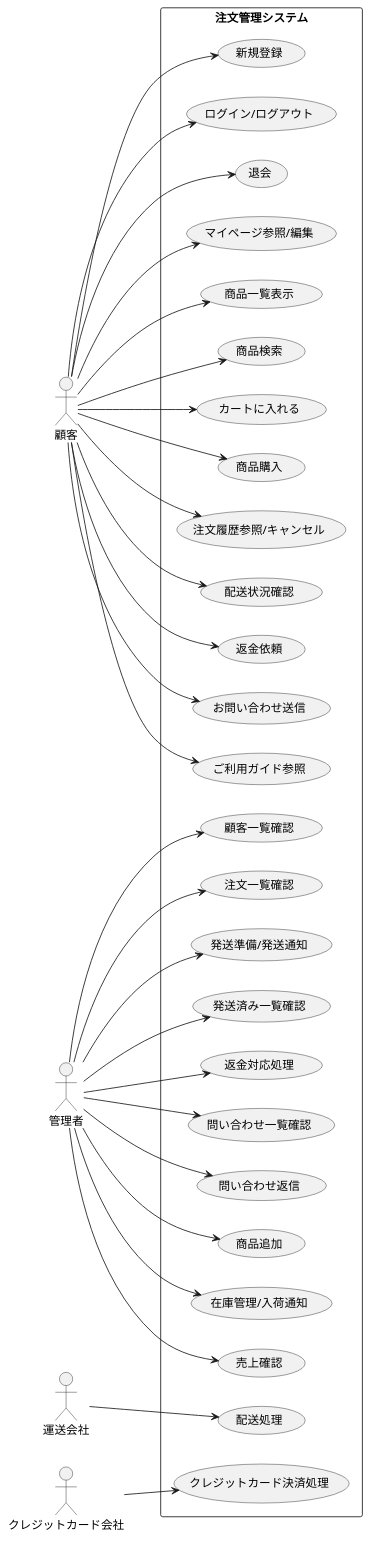
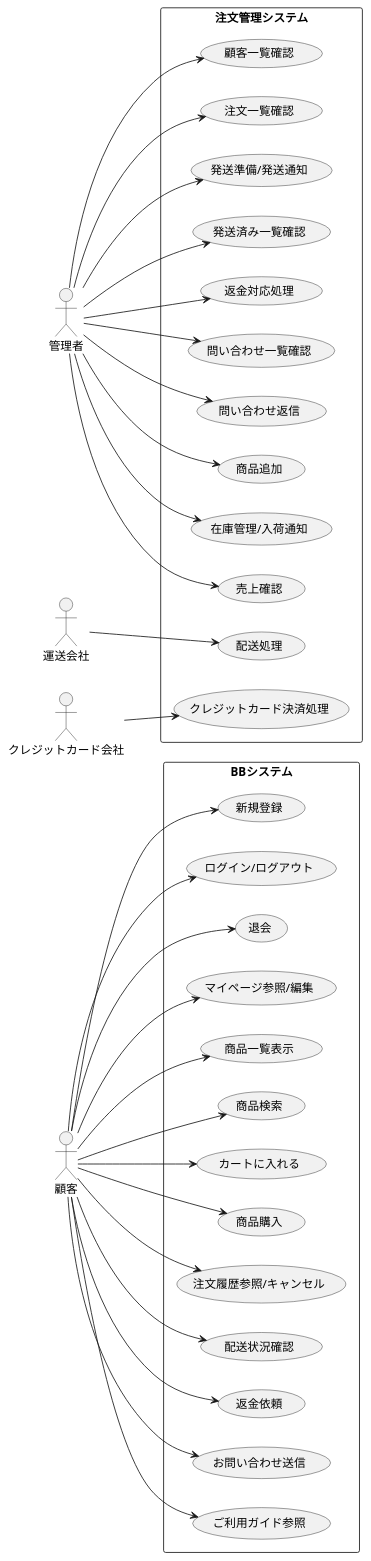
One commit to kTaiga1016/kouka changed the diagram in usecase.pu. Above: the diagram before and after it, drawn with PlantUML.

```diff
--- a/usecase.pu
+++ b/usecase.pu
@@ -1,73 +1,76 @@
 @startuml  
 left to right direction
 
 actor Customer as "顧客"
 actor Admin as "管理者"
 actor Carrier as "運送会社"
 actor CreditCompany as "クレジットカード会社"
 
-rectangle "注文管理システム" {
+rectangle "BBシステム"{
   (新規登録) as UC1
   (ログイン/ログアウト) as UC2
   (退会) as UC3
   (マイページ参照/編集) as UC4
   (商品一覧表示) as UC5
   (商品検索) as UC6
   (カートに入れる) as UC7
   (商品購入) as UC8
   (注文履歴参照/キャンセル) as UC9
   (配送状況確認) as UC10
   (返金依頼) as UC12
   
   (お問い合わせ送信) as UC11
   (ご利用ガイド参照) as UC13
+} 
+
+rectangle "注文管理システム" {
 
   (顧客一覧確認) as UC14
   (注文一覧確認) as UC15
   (発送準備/発送通知) as UC16
   (発送済み一覧確認) as UC17
   (返金対応処理) as UC18
   
   (問い合わせ一覧確認) as UC19
   (問い合わせ返信) as UC20
   
   (商品追加) as UC21
   (在庫管理/入荷通知) as UC22
   (売上確認) as UC23
 
   (配送処理) as UC24
   (クレジットカード決済処理) as UC25
 }
 
 
 Customer --> UC1
 Customer --> UC2
 Customer --> UC3
 Customer --> UC4
 Customer --> UC5
 Customer --> UC6
 Customer --> UC7
 Customer --> UC8
 Customer --> UC9
 Customer --> UC10
 Customer --> UC12
 Customer --> UC11
 Customer --> UC13
 
 
 Admin --> UC14
 Admin --> UC15
 Admin --> UC16
 Admin --> UC17
 Admin --> UC18
 Admin --> UC19
 Admin --> UC20
 Admin --> UC21
 Admin --> UC22
 Admin --> UC23
 
 
 Carrier --> UC24
 CreditCompany --> UC25
 
 @enduml
```
